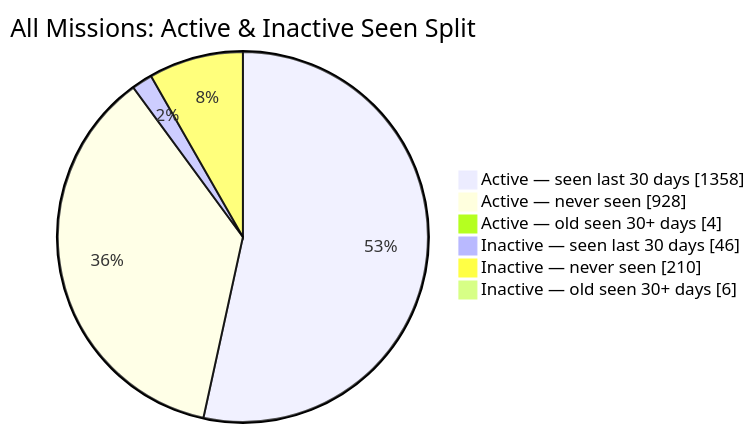
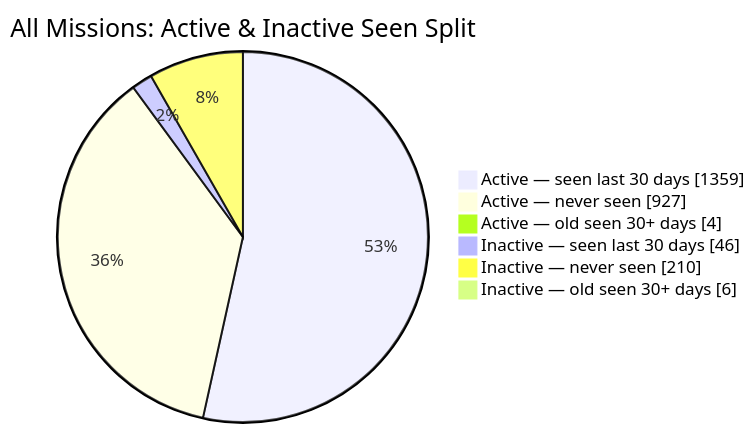
One commit to MeldkamerspelGameTeam/active-missions changed the second of 2 diagrams in README.md. Above: the diagram before and after it, drawn with Mermaid. The commit also changed other lines of this file and 2 other files, not shown here.

````diff
--- a/README.md
+++ b/README.md
@@ -44,10 +44,10 @@
 ```mermaid
 pie showData
     title All Missions: Active & Inactive Seen Split
-    "Active — seen last 30 days" : 1358
-    "Active — never seen" : 928
+    "Active — seen last 30 days" : 1359
+    "Active — never seen" : 927
     "Active — old seen 30+ days" : 4
     "Inactive — seen last 30 days" : 46
     "Inactive — never seen" : 210
     "Inactive — old seen 30+ days" : 6
 ```
````
